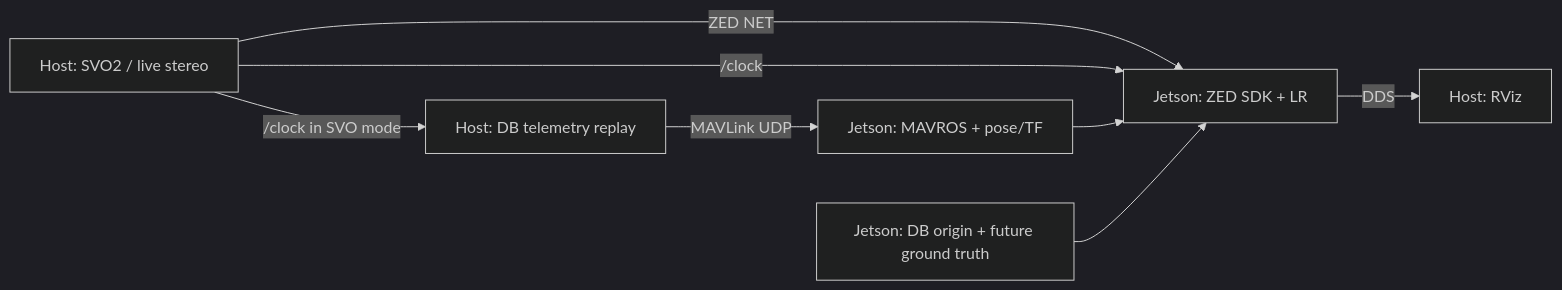
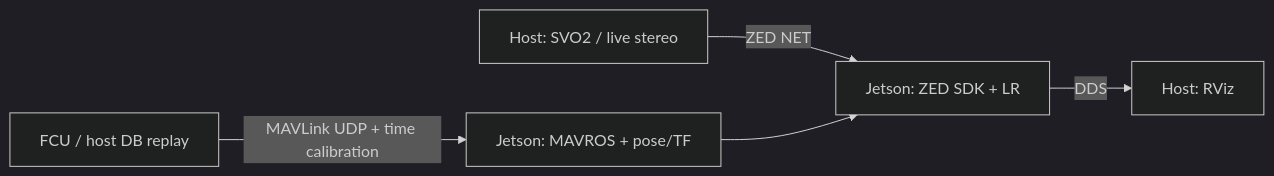
One commit to hachitrung024/lr-ros2 changed the diagram in README.md. Above: the diagram before and after it, drawn with Mermaid (dark theme). The commit also changed other lines of this file and 62 other files, not shown here.

````diff
--- a/README.md
+++ b/README.md
@@ -8,10 +9,7 @@
 ```mermaid
 flowchart LR
     S["Host: SVO2 / live stereo"] -->|ZED NET| Z["Jetson: ZED SDK + LR"]
-    T["Host: DB telemetry replay"] -->|MAVLink UDP| M["Jetson: MAVROS + pose/TF"]
-    S -->|/clock in SVO mode| T
-    S -->|/clock| Z
+    T["FCU / host DB replay"] -->|MAVLink UDP + time calibration| M["Jetson: MAVROS + pose/TF"]
     M --> Z
-    G["Jetson: DB origin + future ground truth"] --> Z
     Z -->|DDS| R["Host: RViz"]
 ```
````
